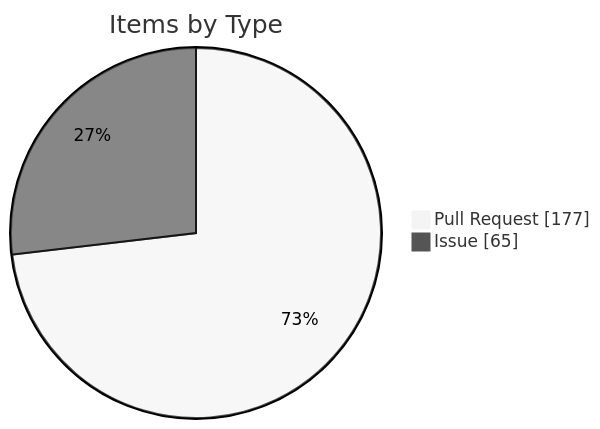
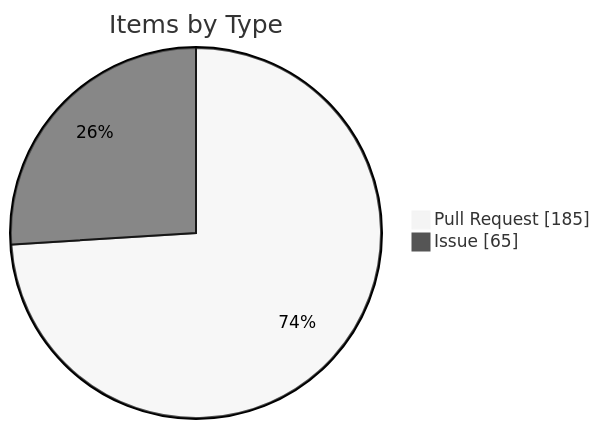
The fourth of 4 diagrams in apps/kbve/astro-kbve/src/content/docs/dashboard/kanban-data.mdx (KBVE/kbve), drawn with Mermaid (neutral theme) before and after one commit. The commit also changed other lines of this file and 8 other files, not shown here.

````diff
--- a/apps/kbve/astro-kbve/src/content/docs/dashboard/kanban-data.mdx
+++ b/apps/kbve/astro-kbve/src/content/docs/dashboard/kanban-data.mdx
@@ -115,6 +116,6 @@
 ```mermaid
 pie showData
     title Items by Type
-    "Pull Request" : 177
+    "Pull Request" : 185
     "Issue" : 65
 ```
````
